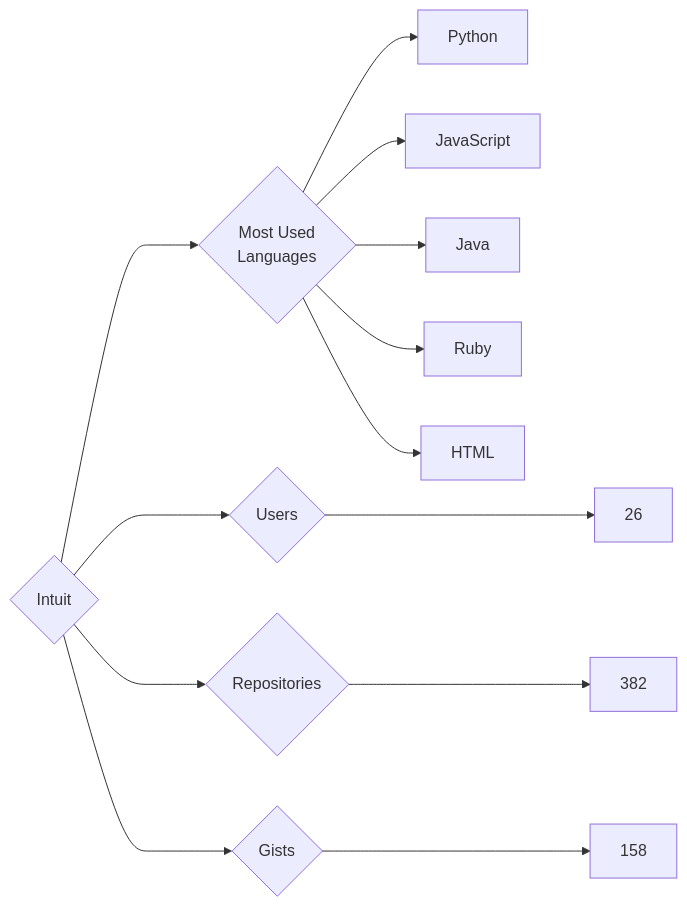
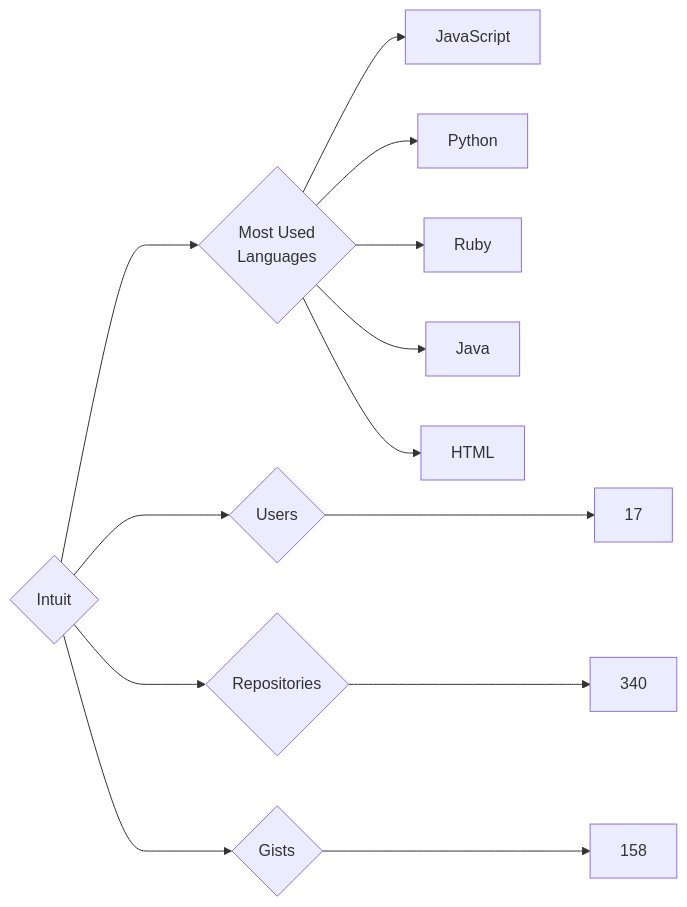
One commit to trickest/insiders changed the diagram in targets/Intuit/README.md. Above: the diagram before and after it, drawn with Mermaid. The commit also changed 640 other files, not shown here.

````diff
--- a/targets/Intuit/README.md
+++ b/targets/Intuit/README.md
@@ -3,13 +3,13 @@
 ```mermaid
 graph LR
 COMPANY_NAME{Intuit}
-COMPANY_NAME ---> U{Users} ---> UN[26]
-COMPANY_NAME ---> R{Repositories} ---> RN[382]
+COMPANY_NAME ---> U{Users} ---> UN[17]
+COMPANY_NAME ---> R{Repositories} ---> RN[340]
 COMPANY_NAME ---> G{Gists} ---> GN[158]
 COMPANY_NAME ---> ML{Most Used<br>Languages}
+ML --> JavaScript[JavaScript]
 ML --> Python[Python]
-ML --> JavaScript[JavaScript]
+ML --> Ruby[Ruby]
 ML --> Java[Java]
-ML --> Ruby[Ruby]
 ML --> HTML[HTML]
 ```
````
